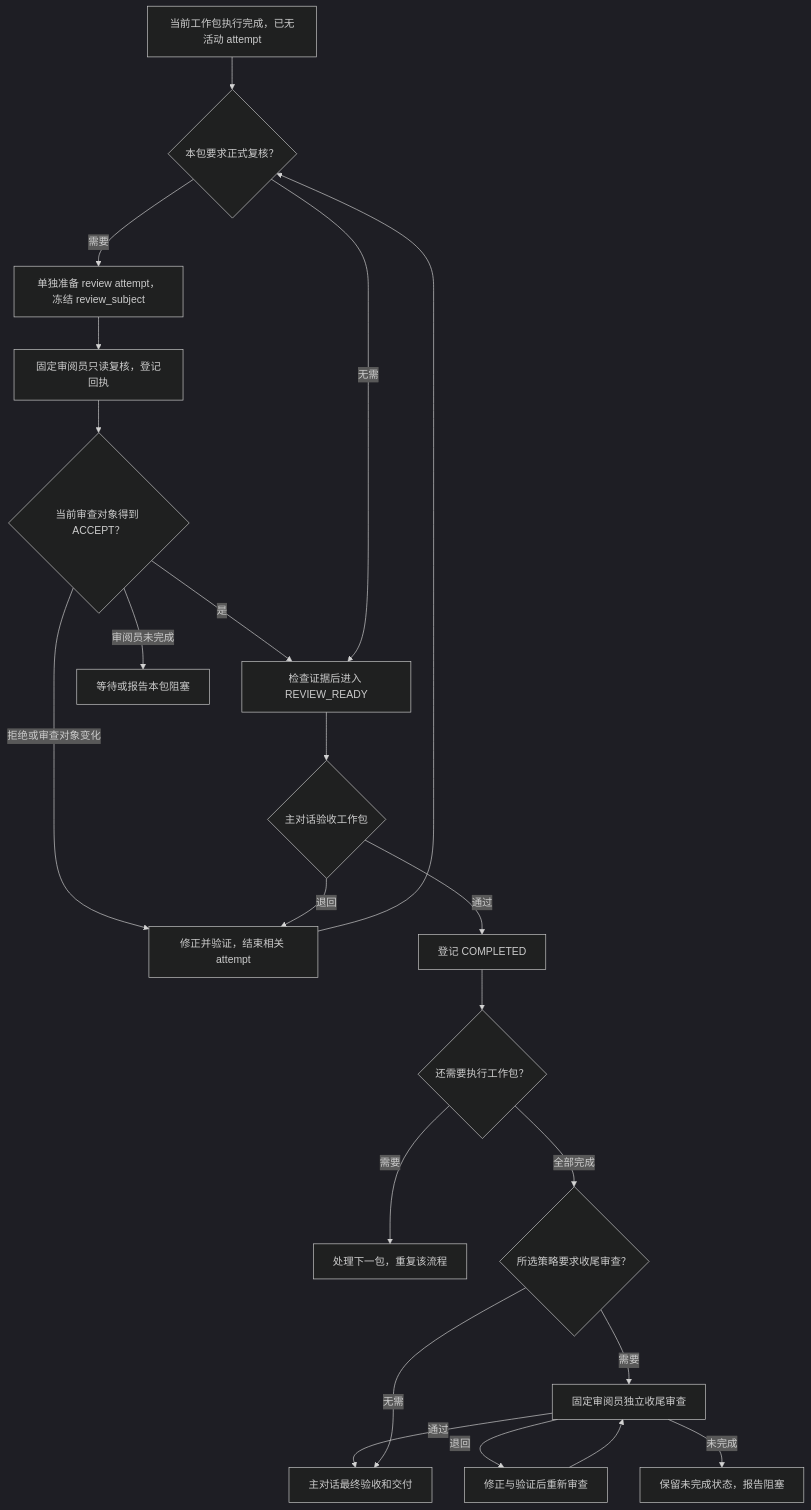
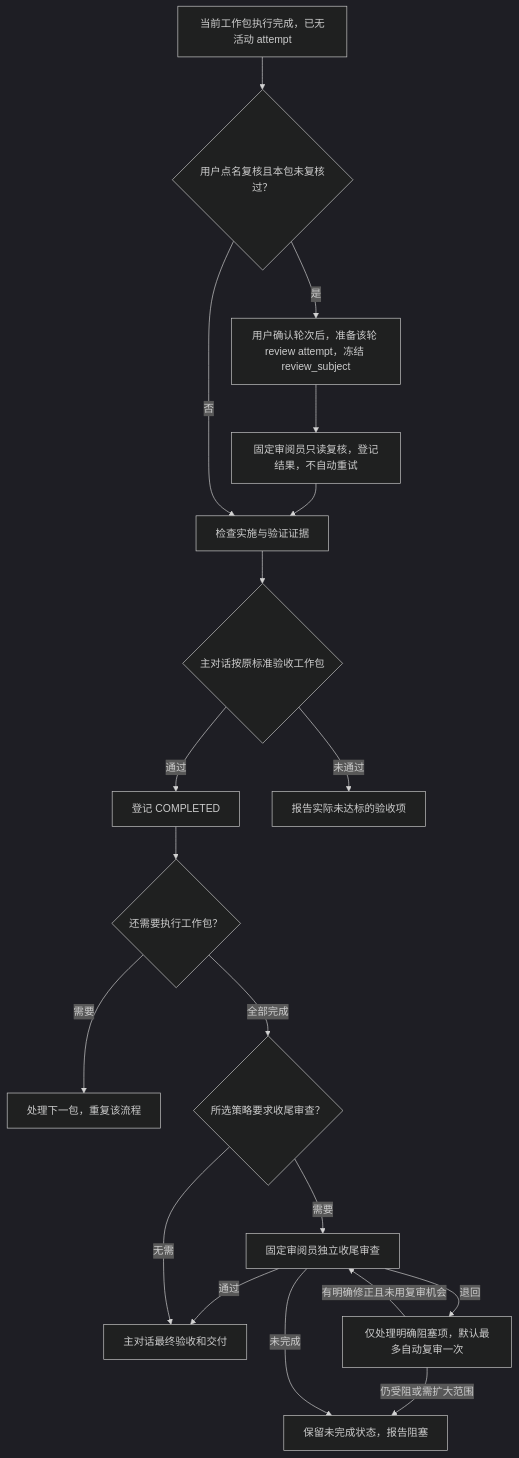
Before and after one commit to jinsc123654/single-conversation-subagent-skill: the third of 4 diagrams in README.md, drawn with Mermaid (dark theme). The commit also changed other lines of this file and 23 other files, not shown here.

````diff
--- a/README.md
+++ b/README.md
@@ -78,22 +77,21 @@
 ```mermaid
 flowchart TD
-  Done["当前工作包执行完成，已无活动 attempt"] --> Required{"本包要求正式复核？"}
-  Required -->|需要| Snapshot["单独准备 review attempt，冻结 review_subject"]
-  Snapshot --> Reviewer["固定审阅员只读复核，登记回执"]
-  Reviewer --> Verdict{"当前审查对象得到 ACCEPT？"}
-  Verdict -->|是| Ready["检查证据后进入 REVIEW_READY"]
-  Verdict -->|拒绝或审查对象变化| Rework["修正并验证，结束相关 attempt"] --> Required
-  Verdict -->|审阅员未完成| Block["等待或报告本包阻塞"]
-  Required -->|无需| Ready
-  Ready --> Accept{"主对话验收工作包"}
+  Done["当前工作包执行完成，已无活动 attempt"] --> Requested{"用户点名复核且本包未复核过？"}
+  Requested -->|是| Snapshot["用户确认轮次后，准备该轮 review attempt，冻结 review_subject"]
+  Snapshot --> Reviewer["固定审阅员只读复核，登记结果，不自动重试"]
+  Reviewer --> Ready["检查实施与验证证据"]
+  Requested -->|否| Ready
+  Ready --> Accept{"主对话按原标准验收工作包"}
   Accept -->|通过| Package["登记 COMPLETED"]
-  Accept -->|退回| Rework
+  Accept -->|未通过| Block["报告实际未达标的验收项"]
   Package --> More{"还需要执行工作包？"}
   More -->|需要| Continue["处理下一包，重复该流程"]
   More -->|全部完成| Closing{"所选策略要求收尾审查？"}
   Closing -->|需要| Final["固定审阅员独立收尾审查"]
   Final -->|通过| Deliver["主对话最终验收和交付"]
-  Final -->|退回| FinalFix["修正与验证后重新审查"] --> Final
+  Final -->|退回| FinalFix["仅处理明确阻塞项，默认最多自动复审一次"]
+  FinalFix -->|有明确修正且未用复审机会| Final
+  FinalFix -->|仍受阻或需扩大范围| FinalBlock
   Final -->|未完成| FinalBlock["保留未完成状态，报告阻塞"]
   Closing -->|无需| Deliver
 ```
````
